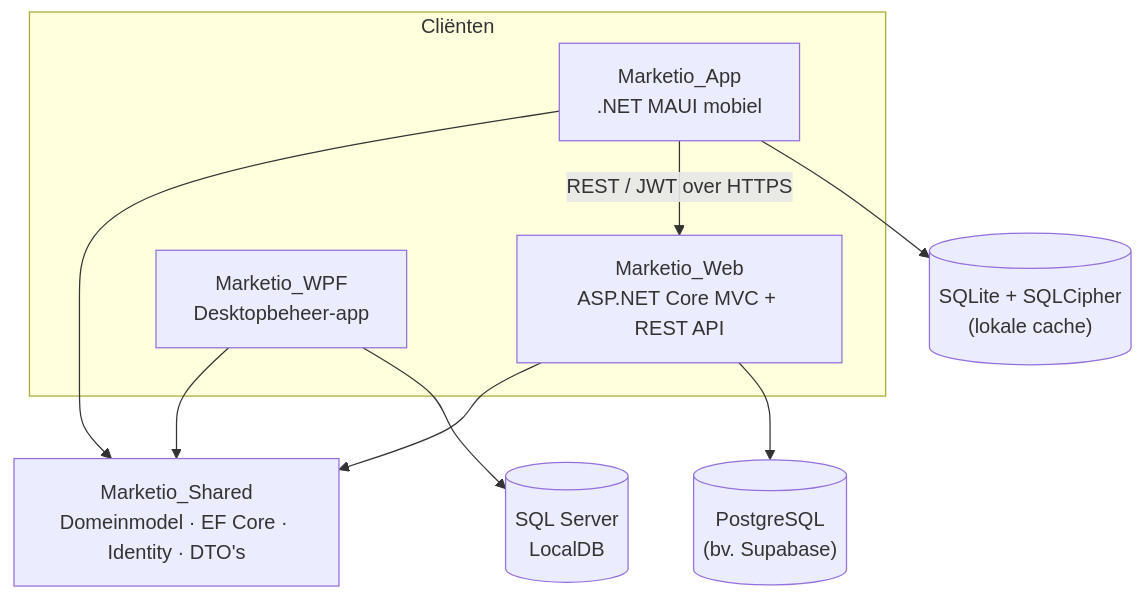
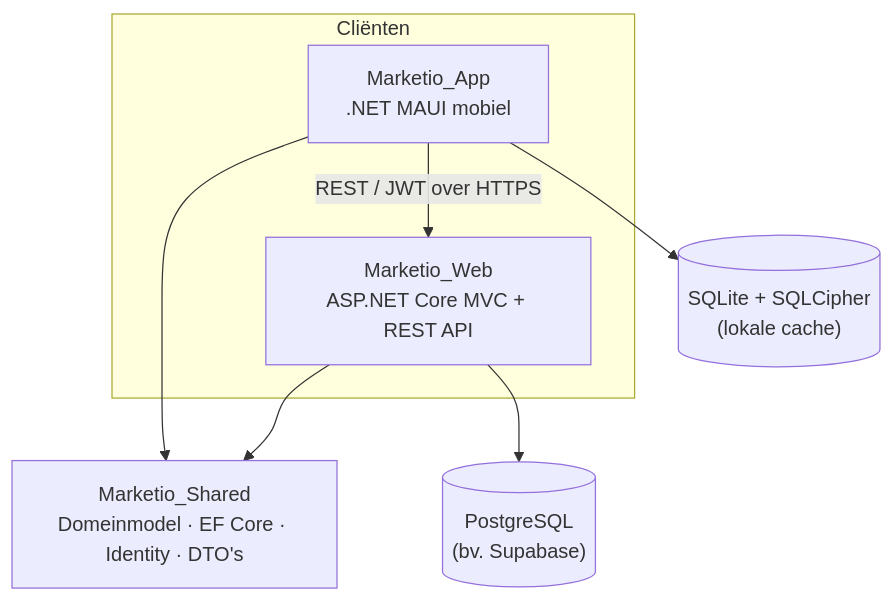
The diagram in README.md (SoufianeAbk/Marketio), drawn with Mermaid before and after one commit. The commit also changed other lines of this file, not shown here.

````diff
--- a/README.md
+++ b/README.md
@@ -44,23 +42,19 @@
 ```mermaid
 graph TD
     subgraph Cliënten
         Web["Marketio_Web<br/>ASP.NET Core MVC + REST API"]
-        WPF["Marketio_WPF<br/>Desktopbeheer-app"]
         App["Marketio_App<br/>.NET MAUI mobiel"]
     end
 
     Shared["Marketio_Shared<br/>Domeinmodel · EF Core · Identity · DTO's"]
 
     PG[("PostgreSQL<br/>(bv. Supabase)")]
-    LocalDB[("SQL Server<br/>LocalDB")]
     SQLite[("SQLite + SQLCipher<br/>(lokale cache)")]
 
     Web --> Shared
-    WPF --> Shared
     App --> Shared
 
     Web --> PG
-    WPF --> LocalDB
     App -->|"REST / JWT over HTTPS"| Web
     App --> SQLite
 ```
````
